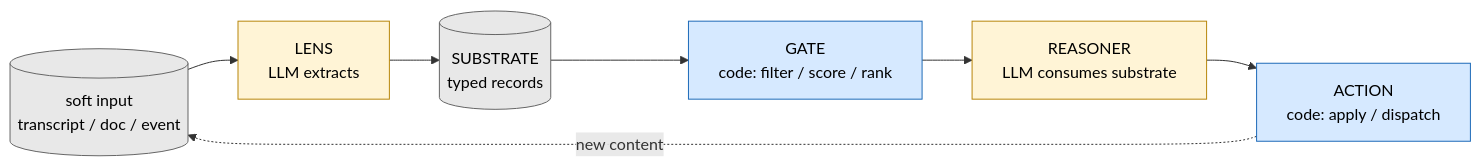
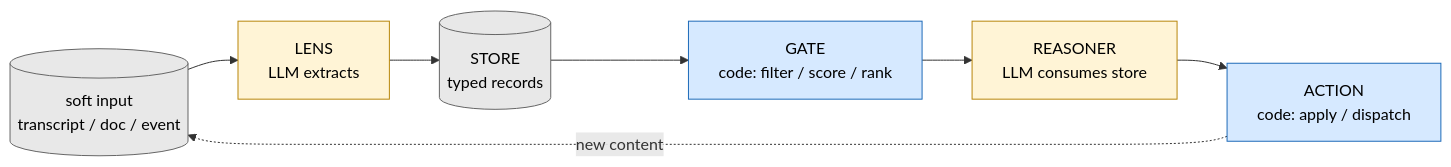
The diagram in README.md (justinstimatze/hybrid), drawn with Mermaid before and after one commit. The commit also changed other lines of this file and 12 other files, not shown here.

First line of the commit message:
hybrid-loops: rename substrate role to store, README stripe-voice pass

````diff
--- a/README.md
+++ b/README.md
@@ -7,20 +7,20 @@
 ```mermaid
 flowchart LR
     classDef llm fill:#fff4d6,stroke:#b8860b,color:#000
     classDef code fill:#d6e9ff,stroke:#1e6ab8,color:#000
     classDef data fill:#e8e8e8,stroke:#666,color:#000
 
     soft[(soft input<br/>transcript / doc / event)]:::data
     lens["LENS<br/>LLM extracts"]:::llm
-    sub[(SUBSTRATE<br/>typed records)]:::data
+    store[(STORE<br/>typed records)]:::data
     gate["GATE<br/>code: filter / score / rank"]:::code
-    reason["REASONER<br/>LLM consumes substrate"]:::llm
+    reason["REASONER<br/>LLM consumes store"]:::llm
     action["ACTION<br/>code: apply / dispatch"]:::code
 
     soft --> lens
-    lens --> sub
-    sub --> gate
+    lens --> store
+    store --> gate
     gate --> reason
     reason --> action
     action -. new content .-> soft
 ```
````
